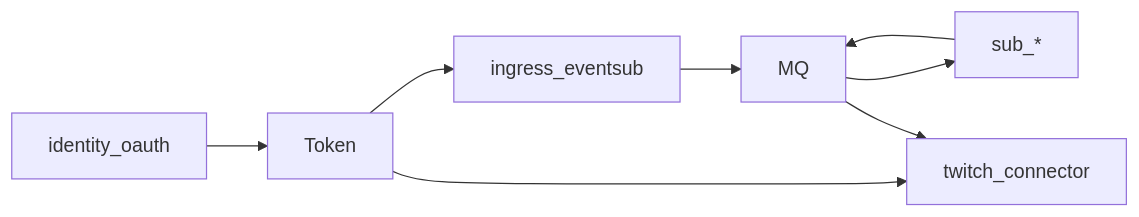
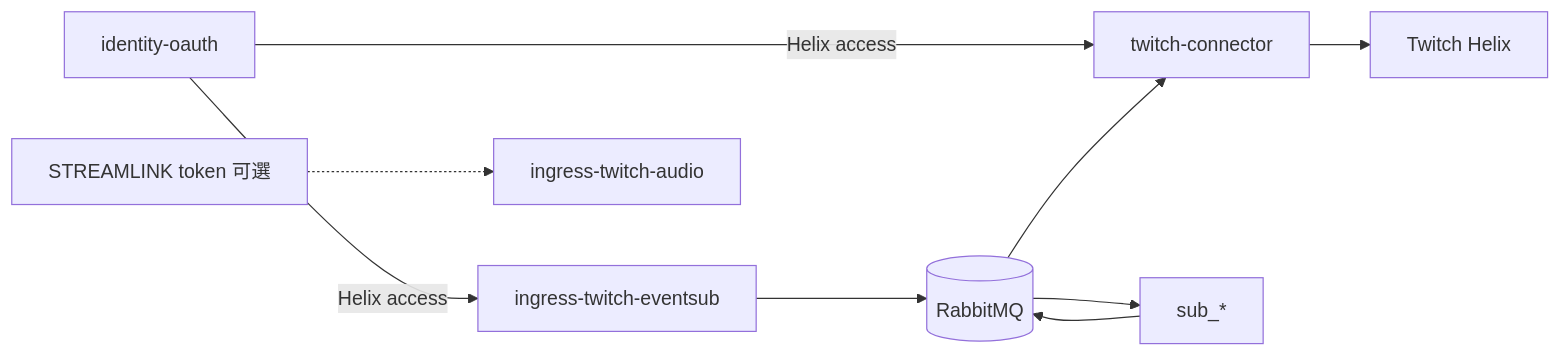
One commit to skymiku39/streamer_toolbox changed the second of 2 diagrams in docs/use-cases/04-oauth.md. Above: the diagram before and after it, drawn with Mermaid. The commit also changed other lines of this file and 4 other files, not shown here.

````diff
--- a/docs/use-cases/04-oauth.md
+++ b/docs/use-cases/04-oauth.md
@@ -41,10 +54,11 @@
 ```mermaid
 flowchart LR
-    OAuth[identity_oauth] --> Token[Token]
-    Token --> Ingress[ingress_eventsub]
-    Token --> Conn[twitch_connector]
-    Ingress --> MQ
+    OAuth[identity-oauth] -->|Helix access| ES[ingress-twitch-eventsub]
+    OAuth -->|Helix access| Conn[twitch-connector]
+    SL[STREAMLINK token 可選] -.-> STT[ingress-twitch-audio]
+    ES --> MQ[(RabbitMQ)]
     MQ --> Logic[sub_*]
     Logic --> MQ
     MQ --> Conn
+    Conn --> Helix[Twitch Helix]
 ```
````
